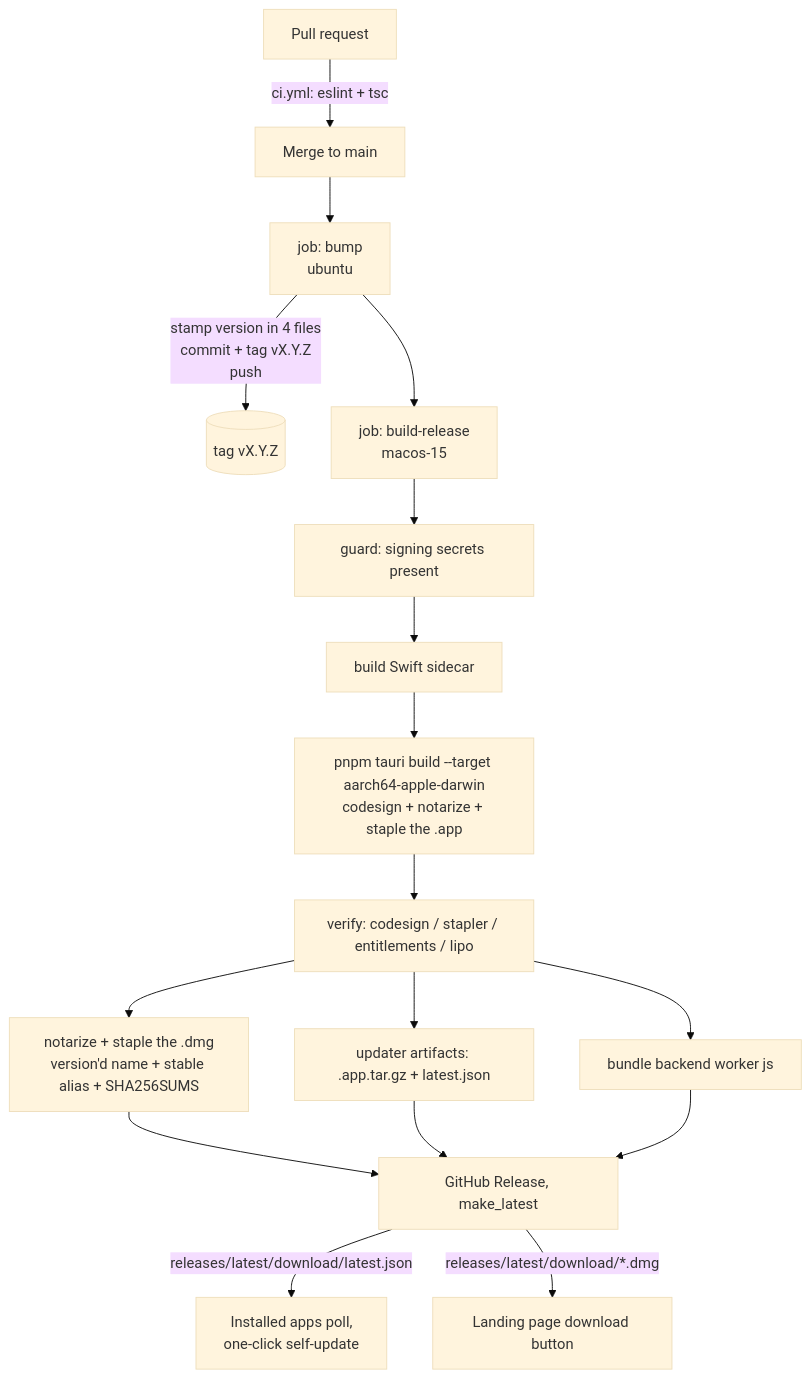
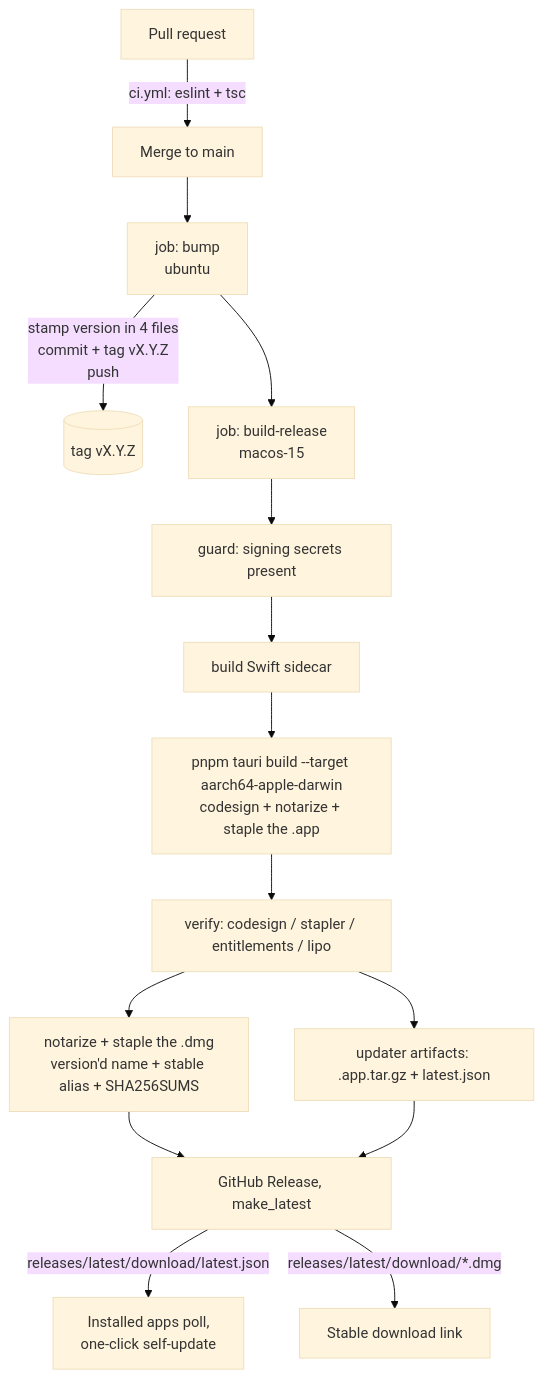
One commit to boat-builder/doklin changed the diagram in docs/release-pipeline.md. Above: the diagram before and after it, drawn with Mermaid (base theme). The commit also changed other lines of this file and 70 other files, not shown here.

````diff
--- a/docs/release-pipeline.md
+++ b/docs/release-pipeline.md
@@ -21,19 +21,17 @@
 ```mermaid
 flowchart TD
   PR[Pull request] -->|ci.yml: eslint + tsc| M[Merge to main]
   M --> B[job: bump<br/>ubuntu]
   B -->|stamp version in 4 files<br/>commit + tag vX.Y.Z<br/>push| T[(tag vX.Y.Z)]
   B --> R[job: build-release<br/>macos-15]
   R --> G1[guard: signing secrets present]
   G1 --> S[build Swift sidecar]
   S --> TB[pnpm tauri build --target aarch64-apple-darwin<br/>codesign + notarize + staple the .app]
   TB --> V[verify: codesign / stapler / entitlements / lipo]
   V --> D[notarize + staple the .dmg<br/>version'd name + stable alias + SHA256SUMS]
   V --> U[updater artifacts: .app.tar.gz + latest.json]
-  V --> W[bundle backend worker js]
   D --> P[GitHub Release, make_latest]
   U --> P
-  W --> P
   P -->|releases/latest/download/latest.json| A[Installed apps poll,<br/>one-click self-update]
-  P -->|releases/latest/download/*.dmg| L[Landing page download button]
+  P -->|releases/latest/download/*.dmg| L[Stable download link]
 ```
````
